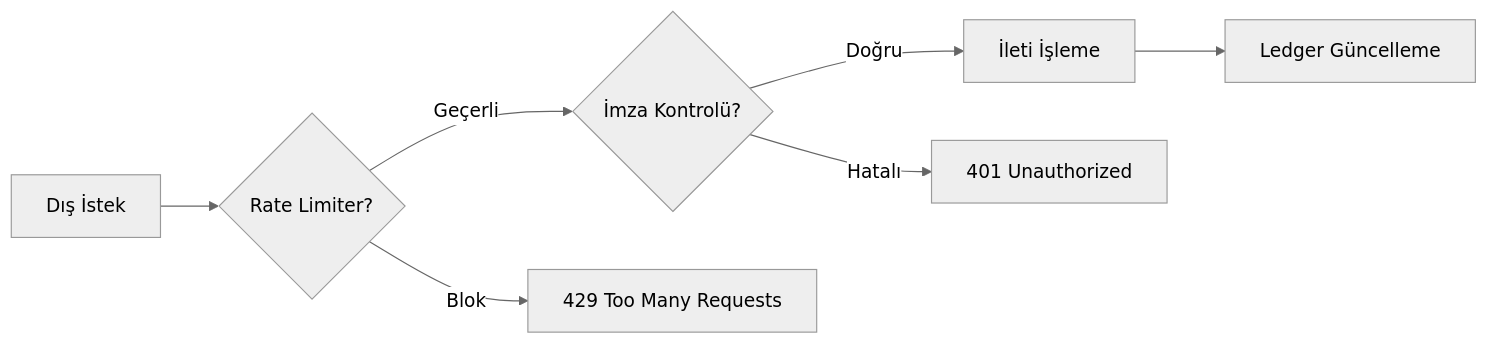
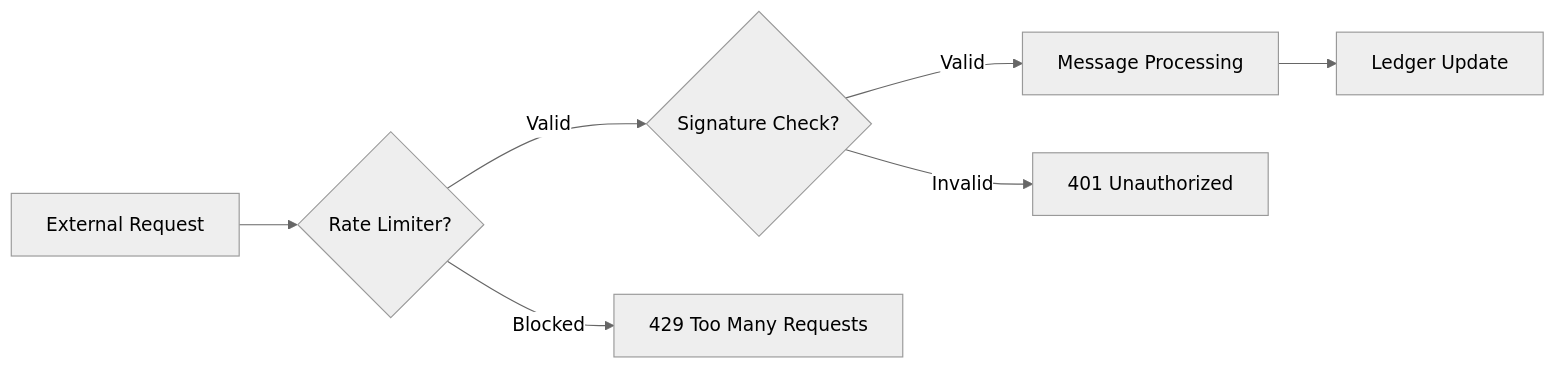
One commit to MaxHandMade/mhm-rentiva-docs changed the diagram in docs/04-developer/testing/transfer-and-webhook-testing.md. Above: the diagram before and after it, drawn with Mermaid (neutral theme). The commit also changed other lines of this file and 347 other files, not shown here.

````diff
--- a/docs/04-developer/testing/transfer-and-webhook-testing.md
+++ b/docs/04-developer/testing/transfer-and-webhook-testing.md
@@ -49,9 +49,9 @@
 ```mermaid
 graph LR
-    A[Dış İstek] --> B{Rate Limiter?}
-    B -- Geçerli --> C{İmza Kontrolü?}
-    B -- Blok --> H[429 Too Many Requests]
-    C -- Doğru --> D[İleti İşleme]
-    C -- Hatalı --> I[401 Unauthorized]
-    D --> E[Ledger Güncelleme]
+    A[External Request] --> B{Rate Limiter?}
+    B -- Valid --> C{Signature Check?}
+    B -- Blocked --> H[429 Too Many Requests]
+    C -- Valid --> D[Message Processing]
+    C -- Invalid --> I[401 Unauthorized]
+    D --> E[Ledger Update]
 ```
````
